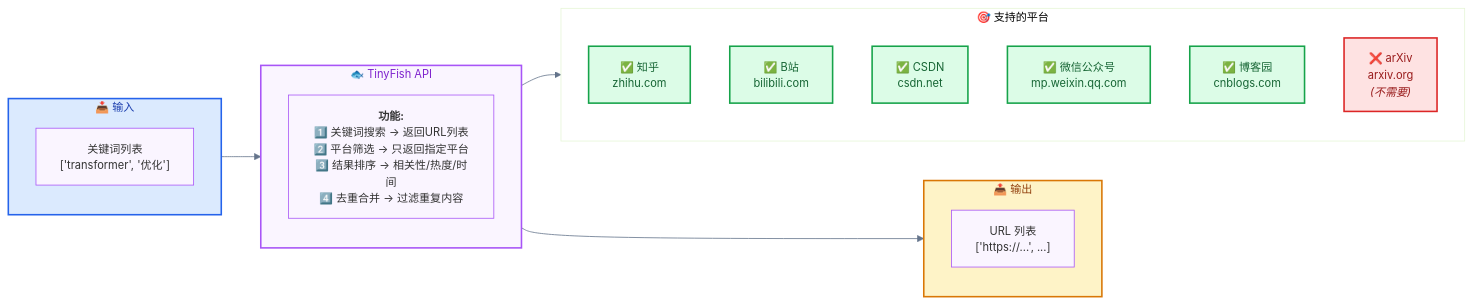
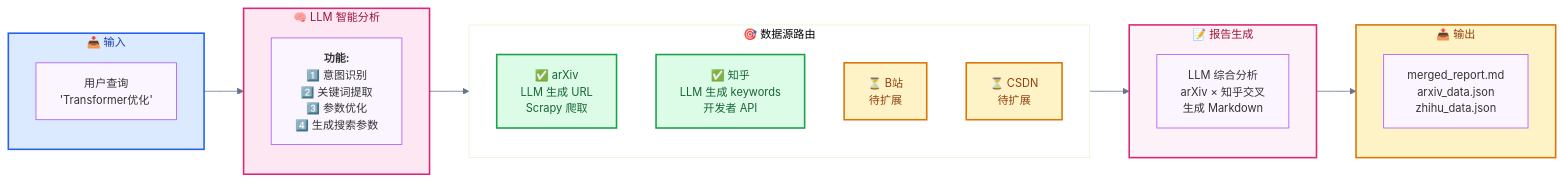
Before and after one commit to quetzal-china/KnowledgeHub: the diagram in docs/diagrams/tinyfish-role.mmd, drawn with Mermaid. The commit also changed 13 other files, not shown here.

```diff
--- a/docs/diagrams/tinyfish-role.mmd
+++ b/docs/diagrams/tinyfish-role.mmd
@@ -1,37 +1,39 @@
 %%{init: {'theme': 'base', 'themeVariables': { 'primaryColor': '#faf5ff', 'primaryBorderColor': '#a855f7', 'lineColor': '#64748b', 'fontSize': '14px'}}}%%
 flowchart LR
     subgraph Input["📥 输入"]
-        A["关键词列表<br/>['transformer', '优化']"]
+        A["用户查询<br/>'Transformer优化'"]
     end
 
-    subgraph TF["🐟 TinyFish API"]
-        B["<b>功能:</b><br/>1️⃣ 关键词搜索 → 返回URL列表<br/>2️⃣ 平台筛选 → 只返回指定平台<br/>3️⃣ 结果排序 → 相关性/热度/时间<br/>4️⃣ 去重合并 → 过滤重复内容"]
+    subgraph LLM["🧠 LLM 智能分析"]
+        B["<b>功能:</b><br/>1️⃣ 意图识别<br/>2️⃣ 关键词提取<br/>3️⃣ 参数优化<br/>4️⃣ 生成搜索参数"]
     end
 
-    subgraph Platforms["🎯 支持的平台"]
+    subgraph Sources["🎯 数据源路由"]
         direction TB
-        P1["✅ 知乎<br/>zhihu.com"]
-        P2["✅ B站<br/>bilibili.com"]
-        P3["✅ CSDN<br/>csdn.net"]
-        P4["✅ 微信公众号<br/>mp.weixin.qq.com"]
-        P5["✅ 博客园<br/>cnblogs.com"]
-        P6["❌ arXiv<br/>arxiv.org<br/><i>(不需要)</i>"]
+        P1["✅ arXiv<br/>LLM 生成 URL<br/>Scrapy 爬取"]
+        P2["✅ 知乎<br/>LLM 生成 keywords<br/>开发者 API"]
+        P3["⏳ B站<br/>待扩展"]
+        P4["⏳ CSDN<br/>待扩展"]
+    end
+
+    subgraph Report["📝 报告生成"]
+        C["LLM 综合分析<br/>arXiv × 知乎交叉<br/>生成 Markdown"]
     end
 
     subgraph Output["📤 输出"]
-        C["URL 列表<br/>['https://...', ...]"]
+        D["merged_report.md<br/>arxiv_data.json<br/>zhihu_data.json"]
     end
 
-    Input --> TF
-    TF --> Platforms
-    TF --> Output
+    Input --> LLM
+    LLM --> Sources
+    Sources --> Report
+    Report --> Output
 
     style Input fill:#dbeafe,stroke:#2563eb,stroke-width:2px,color:#1e40af
-    style TF fill:#faf5ff,stroke:#a855f7,stroke-width:2px,color:#7e22ce
+    style LLM fill:#fce7f3,stroke:#db2777,stroke-width:2px,color:#9f1239
     style P1 fill:#dcfce7,stroke:#16a34a,stroke-width:2px,color:#166534
     style P2 fill:#dcfce7,stroke:#16a34a,stroke-width:2px,color:#166534
-    style P3 fill:#dcfce7,stroke:#16a34a,stroke-width:2px,color:#166534
-    style P4 fill:#dcfce7,stroke:#16a34a,stroke-width:2px,color:#166534
-    style P5 fill:#dcfce7,stroke:#16a34a,stroke-width:2px,color:#166534
-    style P6 fill:#fee2e2,stroke:#dc2626,stroke-width:2px,color:#991b1b
+    style P3 fill:#fef3c7,stroke:#d97706,stroke-width:2px,color:#92400e
+    style P4 fill:#fef3c7,stroke:#d97706,stroke-width:2px,color:#92400e
+    style Report fill:#fdf2f8,stroke:#db2777,stroke-width:2px,color:#9f1239
     style Output fill:#fef3c7,stroke:#d97706,stroke-width:2px,color:#92400e
```
